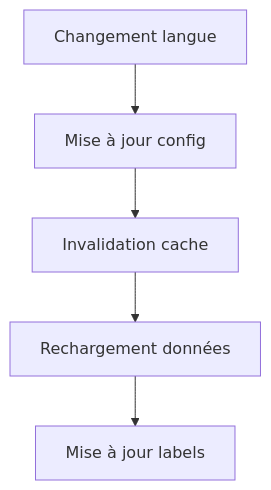
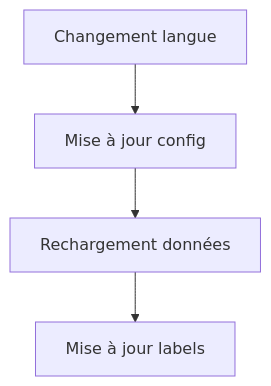
One commit to flobutbut/UniversalTimeline changed the sixth of 6 diagrams in Documentation-flux-donnees.md. Above: the diagram before and after it, drawn with Mermaid. The commit also changed other lines of this file and 20 other files, not shown here.

Commit message:
feat: Implémentation du design system et mise à jour de la documentation

````diff
--- a/Documentation-flux-donnees.md
+++ b/Documentation-flux-donnees.md
@@ -123,7 +80,6 @@
 ```mermaid
 graph TD
     A[Changement langue] --> B[Mise à jour config]
-    B --> C[Invalidation cache]
-    C --> D[Rechargement données]
-    D --> E[Mise à jour labels]
+    B --> C[Rechargement données]
+    C --> D[Mise à jour labels]
 ```
````
